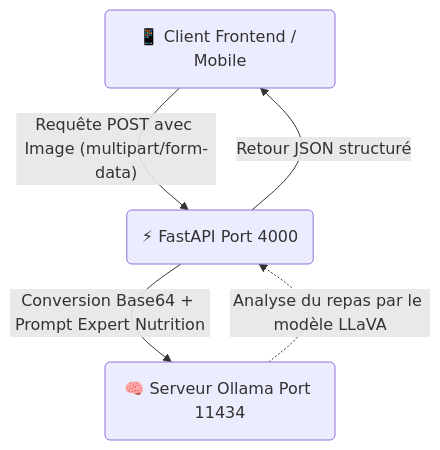
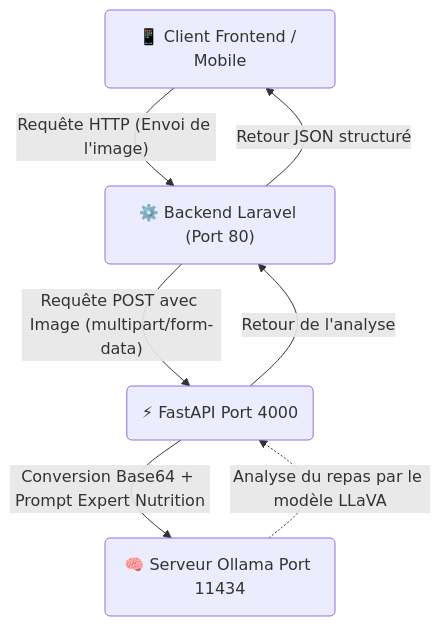
The diagram in README.md (GroupMSPR/Health-IA-FastAPI), drawn with Mermaid before and after one commit.

````diff
--- a/README.md
+++ b/README.md
@@ -56,11 +56,14 @@
 ```mermaid
 graph TD
     Client("📱 Client Frontend / Mobile")
+    Backend("⚙️ Backend Laravel (Port 80)")
     API("⚡ FastAPI Port 4000")
     Ollama("🧠 Serveur Ollama Port 11434")
 
-    Client -- "Requête POST avec Image (multipart/form-data)" --> API
+    Client -- "Requête HTTP (Envoi de l'image)" --> Backend
+    Backend -- "Requête POST avec Image (multipart/form-data)" --> API
     API -- "Conversion Base64 + Prompt Expert Nutrition" --> Ollama
     Ollama -. "Analyse du repas par le modèle LLaVA" .-> API
-    API -- "Retour JSON structuré" --> Client
+    API -- "Retour de l'analyse" --> Backend
+    Backend -- "Retour JSON structuré" --> Client
 ```
````
